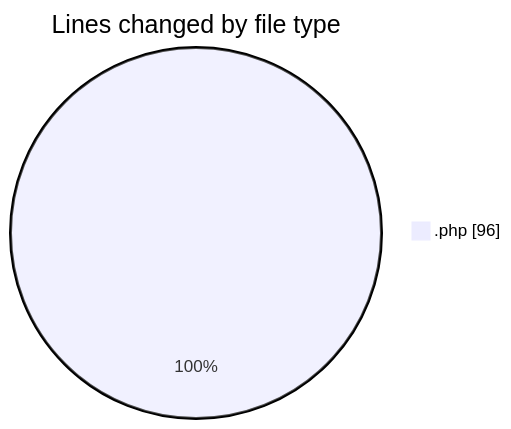
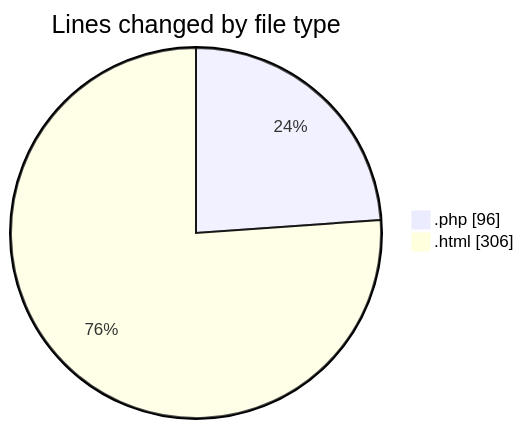
One commit to FelipKnott/code-tracking changed the first of 2 diagrams in 2025-09-06/erp-alpha/README.md. Above: the diagram before and after it, drawn with Mermaid. The commit also changed other lines of this file and 1 other file, not shown here.

````diff
--- a/2025-09-06/erp-alpha/README.md
+++ b/2025-09-06/erp-alpha/README.md
@@ -20,5 +21,6 @@
 ```mermaid
 pie showData
 title Lines changed by file type
 ".php" : 96
+".html" : 306
 ```
````
